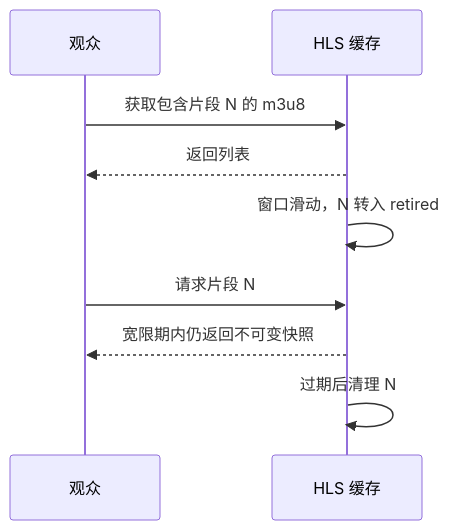
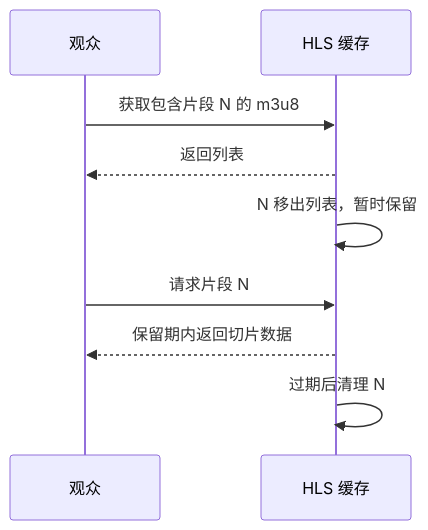
One commit to nextpkg/streamd changed the second of 2 diagrams in docs/design-decisions.md. Above: the diagram before and after it, drawn with Mermaid. The commit also changed other lines of this file and 7 other files, not shown here.

````diff
--- a/docs/design-decisions.md
+++ b/docs/design-decisions.md
@@ -77,11 +77,11 @@
 ```mermaid
 sequenceDiagram
     participant V as 观众
     participant H as HLS 缓存
     V->>H: 获取包含片段 N 的 m3u8
     H-->>V: 返回列表
-    H->>H: 窗口滑动，N 转入 retired
+    H->>H: N 移出列表，暂时保留
     V->>H: 请求片段 N
-    H-->>V: 宽限期内仍返回不可变快照
+    H-->>V: 保留期内返回切片数据
     H->>H: 过期后清理 N
 ```
````
